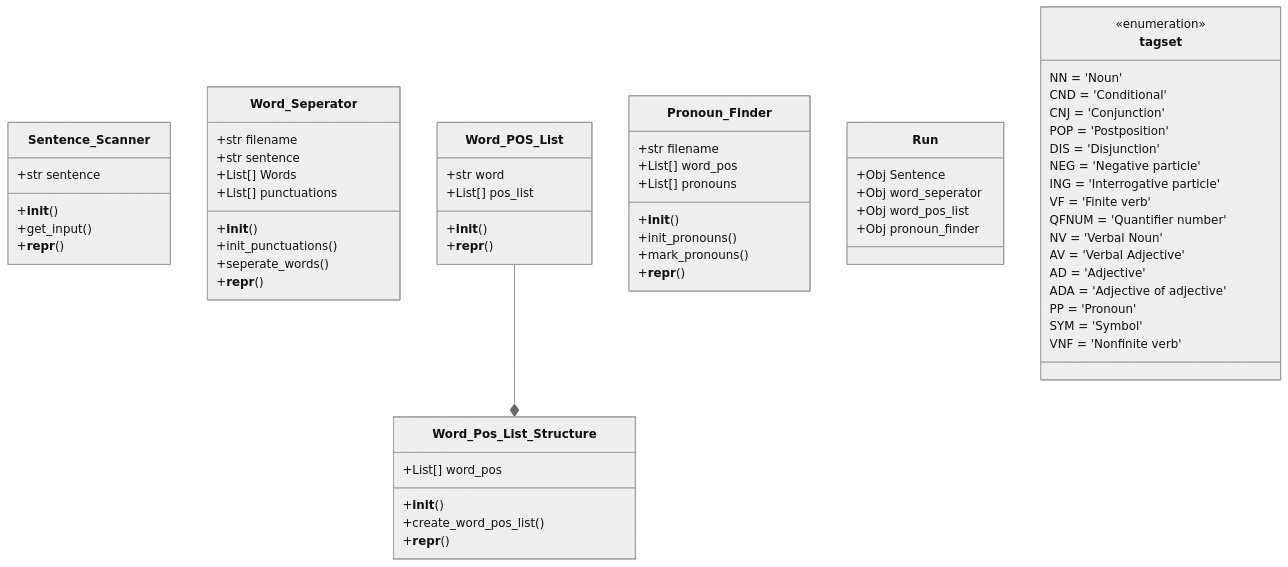
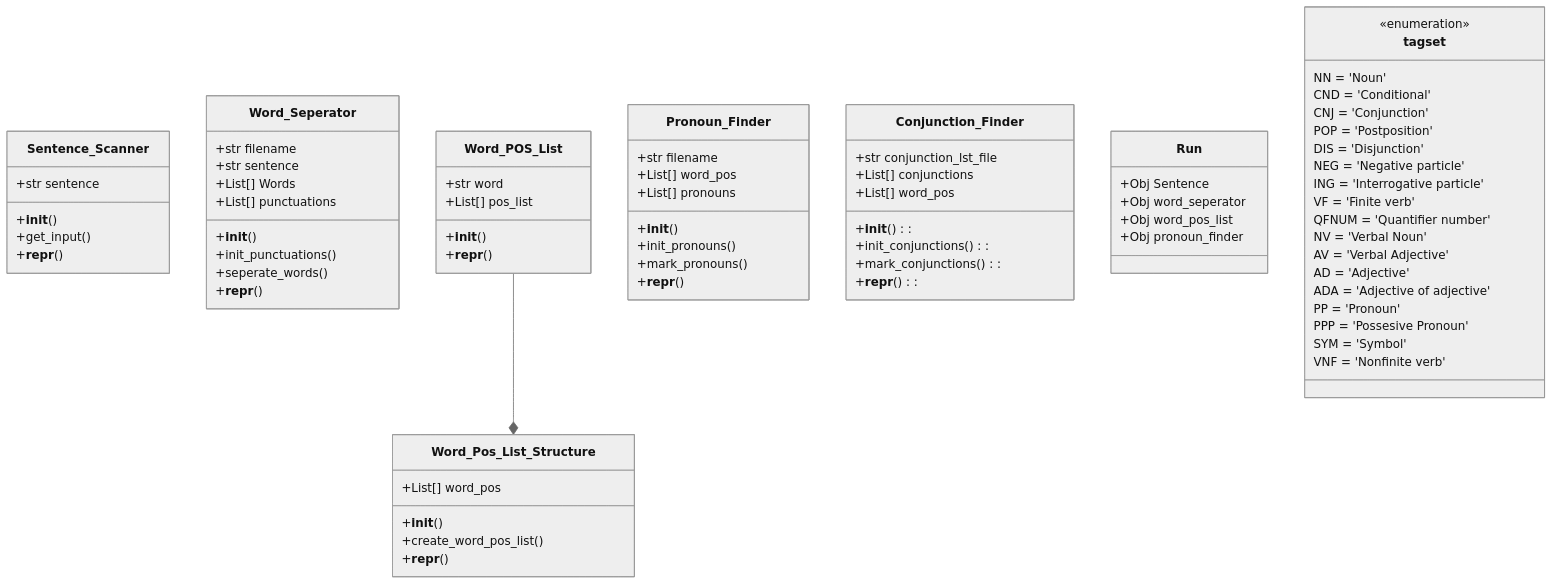
The first of 2 diagrams in src/README.md (masnm/POS-tagging), drawn with Mermaid (neutral theme) before and after one commit. The commit also changed other lines of this file and 10 other files, not shown here.

````diff
--- a/src/README.md
+++ b/src/README.md
@@ -4,69 +4,79 @@
 ```mermaid
 classDiagram
 	class Sentence_Scanner {
 		+str sentence
 		+__init__ ()
 		+get_input ()
 		+__repr__ ()
 	}
 	class Word_Seperator {
 		+str filename
 		+str sentence
 		+List[] Words
 		+List[] punctuations
 		+__init__ ()
 		+init_punctuations ()
 		+seperate_words ()
 		+__repr__ ()
 	}
 	class Word_POS_List {
 		+str word
 		+List[] pos_list
 		+__init__ ()
 		+__repr__ ()
 	}
 	class Word_Pos_List_Structure {
 		+List[] word_pos
 		+__init__ ()
 		+create_word_pos_list ()
 		+__repr__ ()
 	}
 	class Pronoun_Finder {
 		+str filename
 		+List[] word_pos
 		+List[] pronouns
 		+__init__ ()
 		+init_pronouns ()
 		+mark_pronouns ()
 		+__repr__ ()
 	}
+	class Conjunction_Finder {
+		+str conjunction_lst_file
+		+List[] conjunctions
+		+List[] word_pos
+		+__init__ ():
+		+init_conjunctions ():
+		+mark_conjunctions ():
+		+__repr__ ():
+	}
 
 	Word_POS_List --* Word_Pos_List_Structure
 
 	class Run {
 		+Obj Sentence
 		+Obj word_seperator
 		+Obj word_pos_list
 		+Obj pronoun_finder
 	}
 
 	class tagset {
 		<<enumeration>>
 		NN = 'Noun'
 		CND = 'Conditional'
 		CNJ = 'Conjunction'
 		POP = 'Postposition'
 		DIS = 'Disjunction'
 		NEG = 'Negative particle'
 		ING = 'Interrogative particle'
 		VF = 'Finite verb'
 		QFNUM = 'Quantifier number'
 		NV = 'Verbal Noun'
 		AV = 'Verbal Adjective'
 		AD = 'Adjective'
 		ADA = 'Adjective of adjective'
 		PP = 'Pronoun'
+		PPP = 'Possesive Pronoun'
 		SYM = 'Symbol'
 		VNF = 'Nonfinite verb'
 	}
 ```
````
